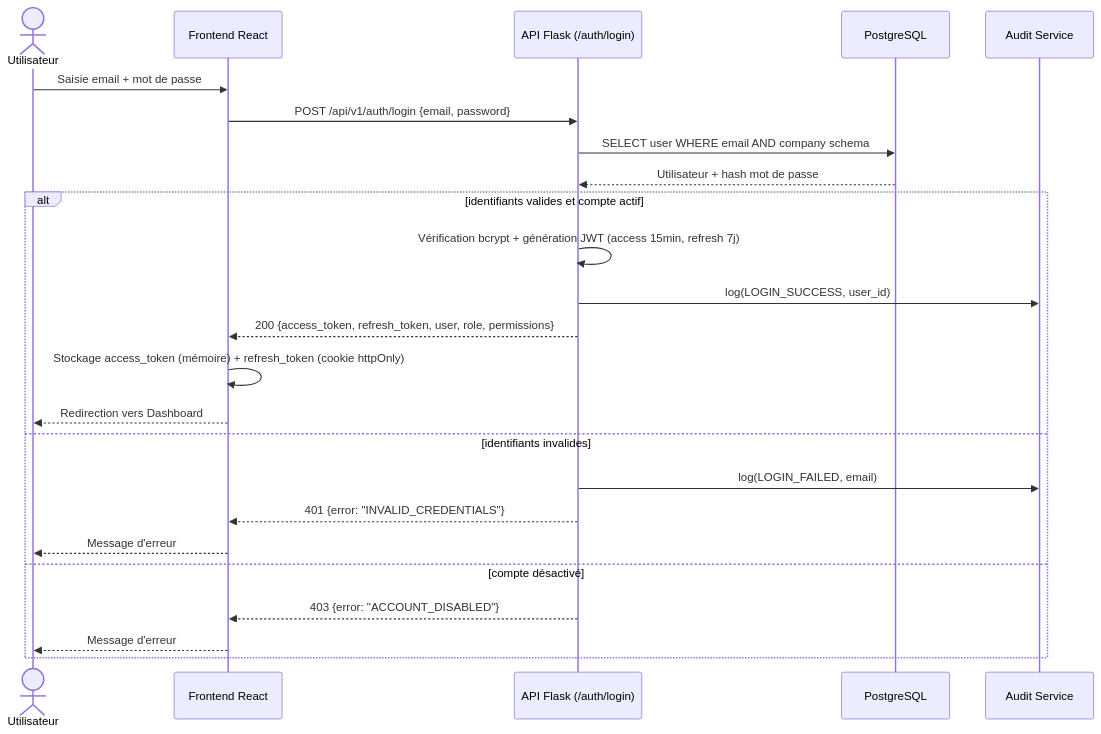
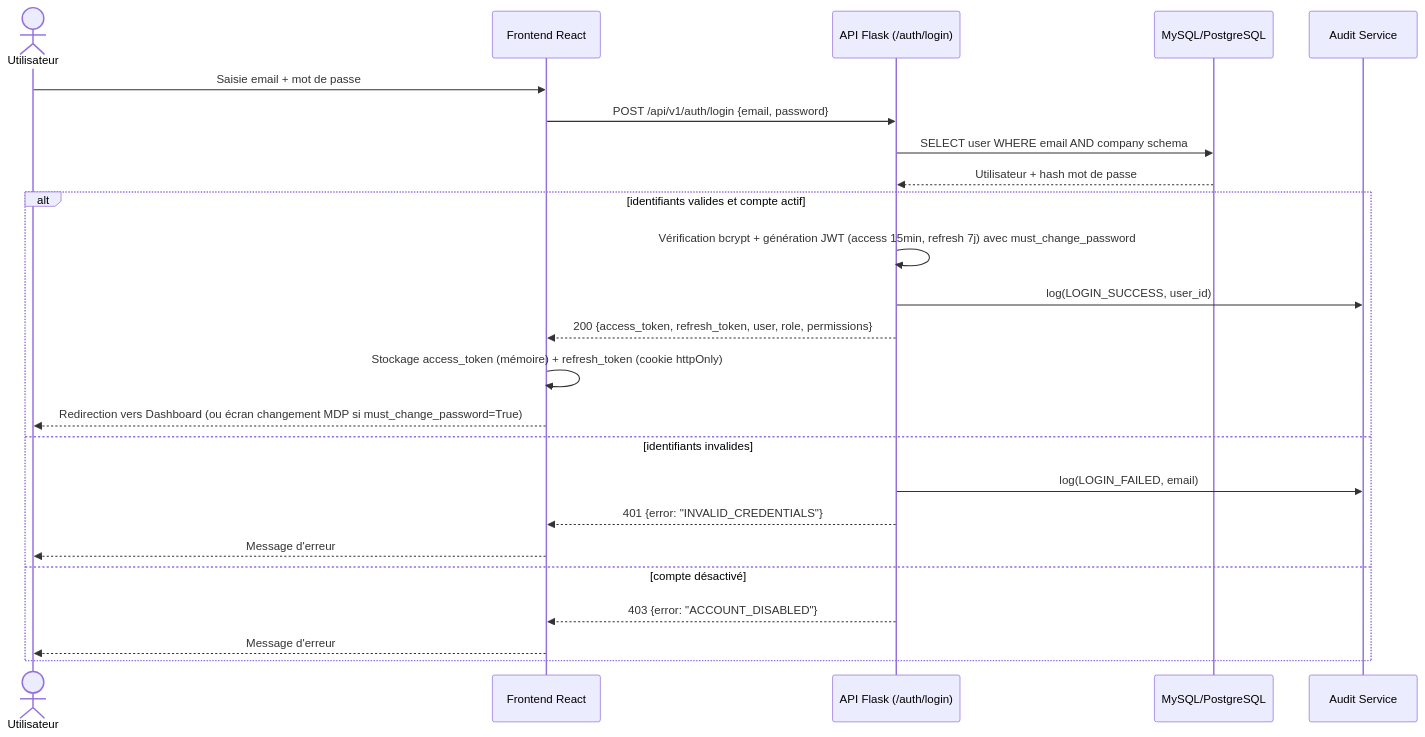
Before and after one commit to MannuPy/Gec_com: the second of 8 diagrams in docs/07-DIAGRAMMES-UML.md, drawn with Mermaid. The commit also changed other lines of this file and 88 other files, not shown here.

````diff
--- a/docs/07-DIAGRAMMES-UML.md
+++ b/docs/07-DIAGRAMMES-UML.md
@@ -231,27 +235,27 @@
 ```mermaid
 sequenceDiagram
     actor U as Utilisateur
     participant FE as Frontend React
     participant API as API Flask (/auth/login)
-    participant DB as PostgreSQL
+    participant DB as MySQL/PostgreSQL
     participant AUD as Audit Service
 
     U->>FE: Saisie email + mot de passe
     FE->>API: POST /api/v1/auth/login {email, password}
     API->>DB: SELECT user WHERE email AND company schema
     DB-->>API: Utilisateur + hash mot de passe
     alt identifiants valides et compte actif
-        API->>API: Vérification bcrypt + génération JWT (access 15min, refresh 7j)
+        API->>API: Vérification bcrypt + génération JWT (access 15min, refresh 7j) avec must_change_password
         API->>AUD: log(LOGIN_SUCCESS, user_id)
         API-->>FE: 200 {access_token, refresh_token, user, role, permissions}
         FE->>FE: Stockage access_token (mémoire) + refresh_token (cookie httpOnly)
-        FE-->>U: Redirection vers Dashboard
+        FE-->>U: Redirection vers Dashboard (ou écran changement MDP si must_change_password=True)
     else identifiants invalides
         API->>AUD: log(LOGIN_FAILED, email)
         API-->>FE: 401 {error: "INVALID_CREDENTIALS"}
         FE-->>U: Message d'erreur
     else compte désactivé
         API-->>FE: 403 {error: "ACCOUNT_DISABLED"}
         FE-->>U: Message d'erreur
     end
 ```
````
